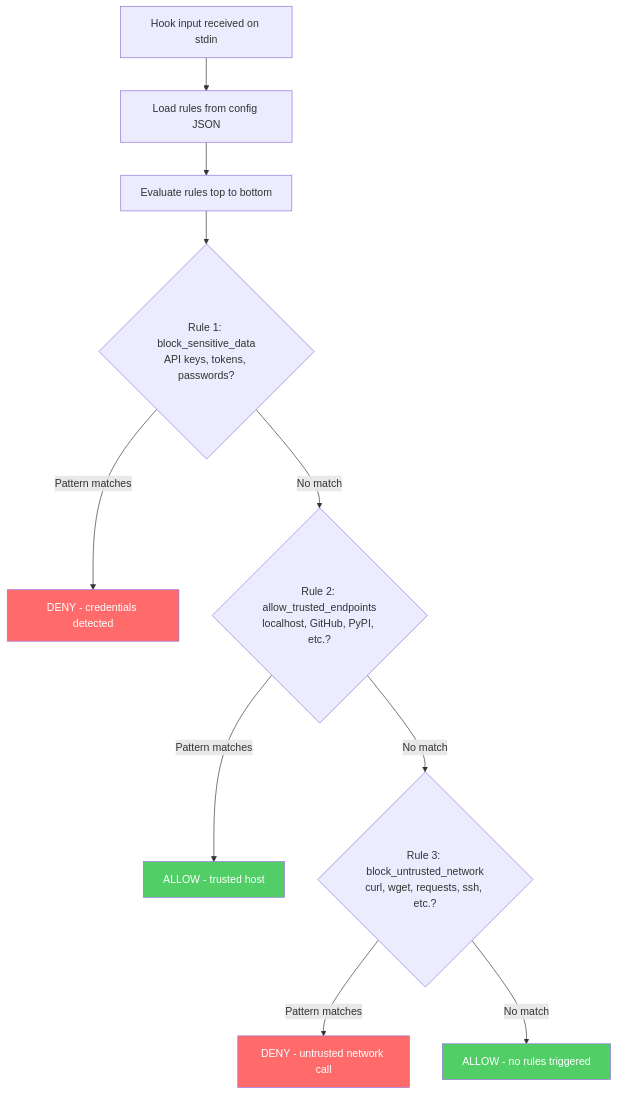
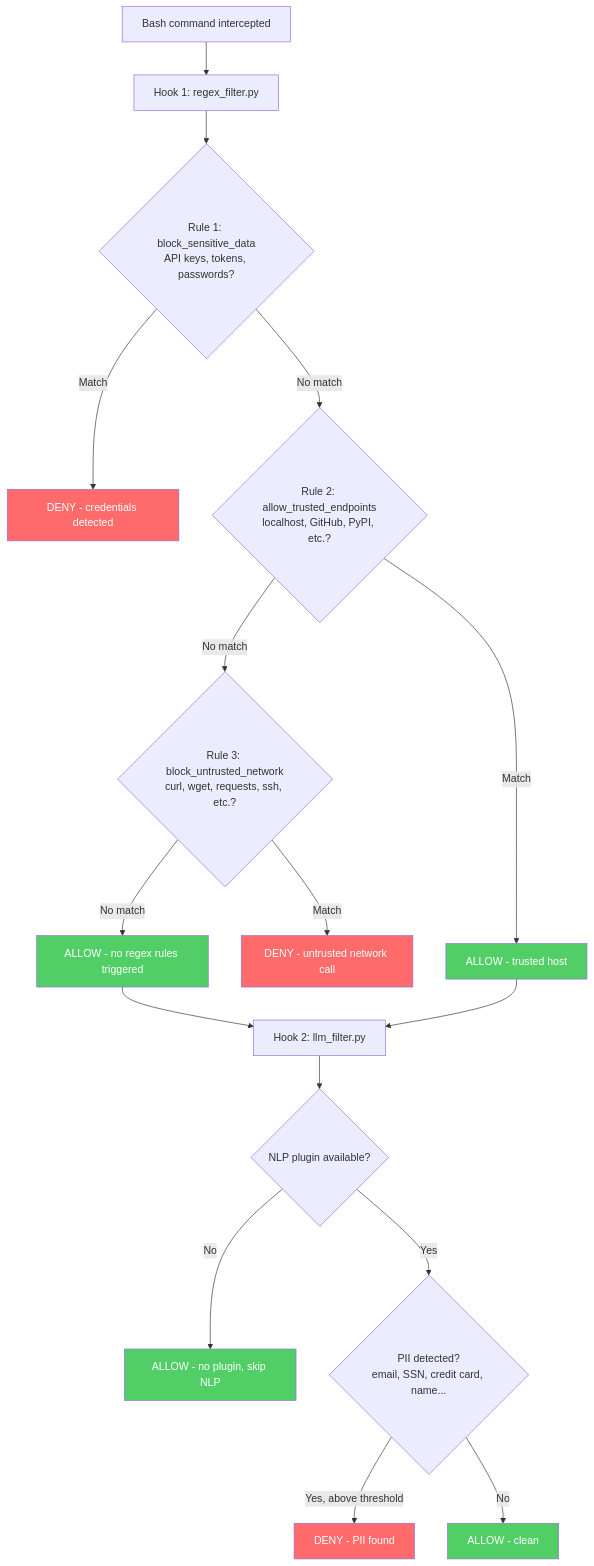
Before and after one commit to pipopoplin/hook-hole: the diagram in docs/decision-flow.mmd, drawn with Mermaid. The commit also changed 11 other files, not shown here.

```diff
--- a/docs/decision-flow.mmd
+++ b/docs/decision-flow.mmd
@@ -1,16 +1,25 @@
 flowchart TD
-    A[Hook input received on stdin] --> B[Load rules from config JSON]
-    B --> C[Evaluate rules top to bottom]
+    A[Bash command intercepted] --> B[Hook 1: regex_filter.py]
+    B --> C{Rule 1: block_sensitive_data<br/>API keys, tokens, passwords?}
+    C -->|Match| D[DENY - credentials detected]
+    C -->|No match| E{Rule 2: allow_trusted_endpoints<br/>localhost, GitHub, PyPI, etc.?}
+    E -->|Match| F[ALLOW - trusted host]
+    E -->|No match| G{Rule 3: block_untrusted_network<br/>curl, wget, requests, ssh, etc.?}
+    G -->|Match| H[DENY - untrusted network call]
+    G -->|No match| I[ALLOW - no regex rules triggered]
 
-    C --> D{Rule 1: block_sensitive_data<br/>API keys, tokens, passwords?}
-    D -->|Pattern matches| E[DENY - credentials detected]
-    D -->|No match| F{Rule 2: allow_trusted_endpoints<br/>localhost, GitHub, PyPI, etc.?}
-    F -->|Pattern matches| G[ALLOW - trusted host]
-    F -->|No match| H{Rule 3: block_untrusted_network<br/>curl, wget, requests, ssh, etc.?}
-    H -->|Pattern matches| I[DENY - untrusted network call]
-    H -->|No match| J[ALLOW - no rules triggered]
+    I --> J[Hook 2: llm_filter.py]
+    F --> J
+    J --> K{NLP plugin available?}
+    K -->|No| L[ALLOW - no plugin, skip NLP]
+    K -->|Yes| M{PII detected?<br/>email, SSN, credit card, name...}
+    M -->|Yes, above threshold| N[DENY - PII found]
+    M -->|No| O[ALLOW - clean]
 
-    style E fill:#ff6b6b,color:#fff
-    style I fill:#ff6b6b,color:#fff
-    style G fill:#51cf66,color:#fff
-    style J fill:#51cf66,color:#fff
+    style D fill:#ff6b6b,color:#fff
+    style H fill:#ff6b6b,color:#fff
+    style N fill:#ff6b6b,color:#fff
+    style F fill:#51cf66,color:#fff
+    style I fill:#51cf66,color:#fff
+    style L fill:#51cf66,color:#fff
+    style O fill:#51cf66,color:#fff
```
